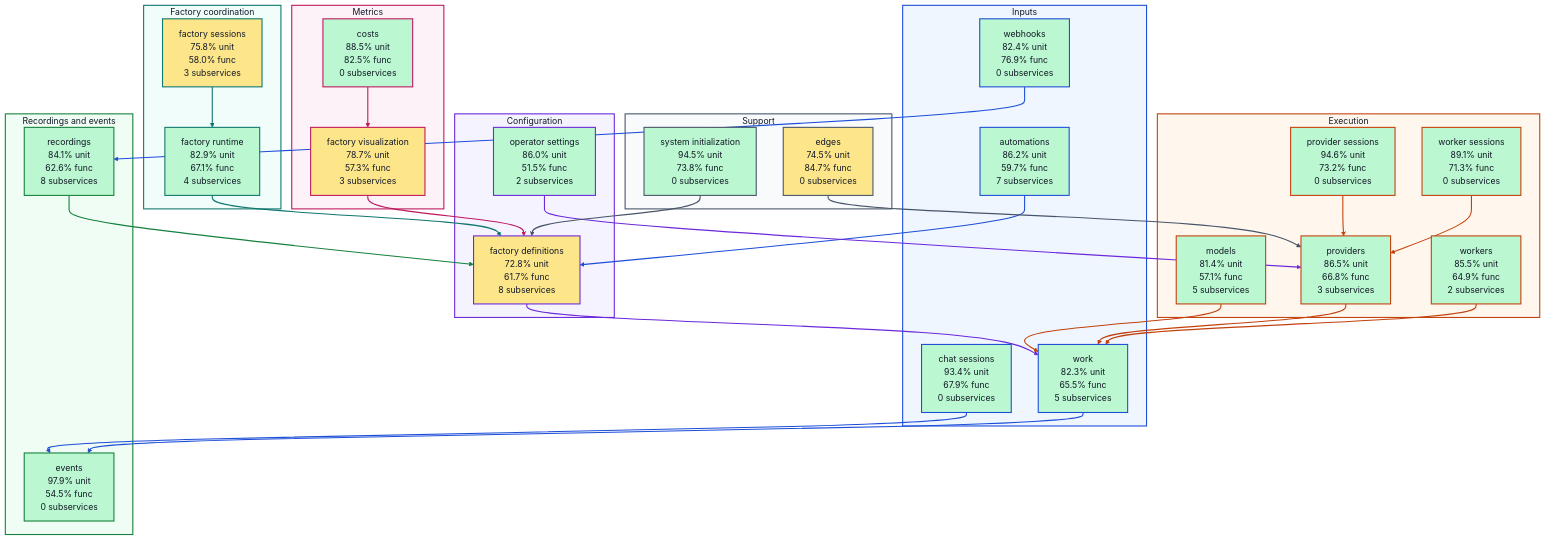
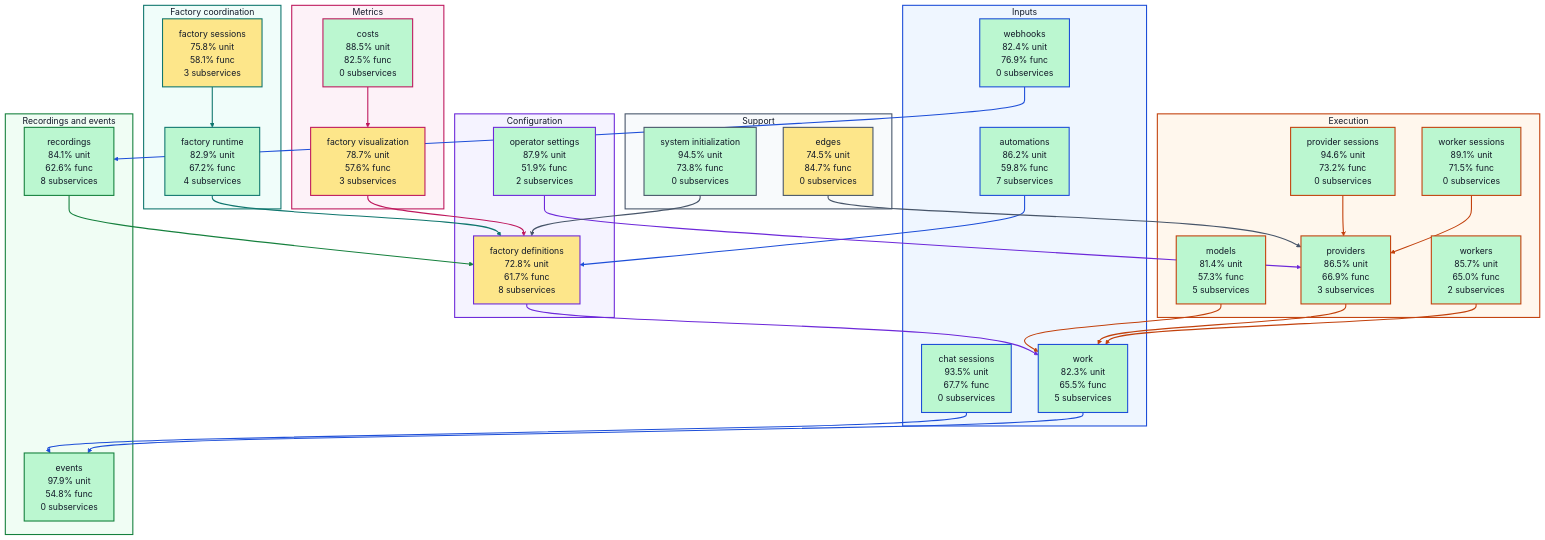
Before and after one commit to portpowered/you-agent-factory: the diagram in docs/architecture/visualizations/high-level-test-coverage.md, drawn with Mermaid. The commit also changed other lines of this file and 20 other files, not shown here.

Commit message:
docs: refresh backend architecture visualizations

````diff
--- a/docs/architecture/visualizations/high-level-test-coverage.md
+++ b/docs/architecture/visualizations/high-level-test-coverage.md
@@ -11,33 +11,33 @@
 ```mermaid
 flowchart TB
   subgraph input["Inputs"]
-    s_services_automations["automations<br/>86.2% unit<br/>59.7% func<br/>7 subservices"]
-    s_services_chat_sessions["chat sessions<br/>93.4% unit<br/>67.9% func<br/>0 subservices"]
+    s_services_automations["automations<br/>86.2% unit<br/>59.8% func<br/>7 subservices"]
+    s_services_chat_sessions["chat sessions<br/>93.5% unit<br/>67.7% func<br/>0 subservices"]
     s_services_webhooks["webhooks<br/>82.4% unit<br/>76.9% func<br/>0 subservices"]
     s_services_work["work<br/>82.3% unit<br/>65.5% func<br/>5 subservices"]
   end
   subgraph configuration["Configuration"]
     s_services_factory_definitions["factory definitions<br/>72.8% unit<br/>61.7% func<br/>8 subservices"]
-    s_services_operator_settings["operator settings<br/>86.0% unit<br/>51.5% func<br/>2 subservices"]
+    s_services_operator_settings["operator settings<br/>87.9% unit<br/>51.9% func<br/>2 subservices"]
   end
   subgraph coordination["Factory coordination"]
-    s_services_factory_runtime["factory runtime<br/>82.9% unit<br/>67.1% func<br/>4 subservices"]
-    s_services_factory_sessions["factory sessions<br/>75.8% unit<br/>58.0% func<br/>3 subservices"]
+    s_services_factory_runtime["factory runtime<br/>82.9% unit<br/>67.2% func<br/>4 subservices"]
+    s_services_factory_sessions["factory sessions<br/>75.8% unit<br/>58.1% func<br/>3 subservices"]
   end
   subgraph execution["Execution"]
-    s_services_models["models<br/>81.4% unit<br/>57.1% func<br/>5 subservices"]
+    s_services_models["models<br/>81.4% unit<br/>57.3% func<br/>5 subservices"]
     s_services_provider_sessions["provider sessions<br/>94.6% unit<br/>73.2% func<br/>0 subservices"]
-    s_services_providers["providers<br/>86.5% unit<br/>66.8% func<br/>3 subservices"]
-    s_services_worker_sessions["worker sessions<br/>89.1% unit<br/>71.3% func<br/>0 subservices"]
-    s_services_workers["workers<br/>85.5% unit<br/>64.9% func<br/>2 subservices"]
+    s_services_providers["providers<br/>86.5% unit<br/>66.9% func<br/>3 subservices"]
+    s_services_worker_sessions["worker sessions<br/>89.1% unit<br/>71.5% func<br/>0 subservices"]
+    s_services_workers["workers<br/>85.7% unit<br/>65.0% func<br/>2 subservices"]
   end
   subgraph recordings["Recordings and events"]
-    s_services_events["events<br/>97.9% unit<br/>54.5% func<br/>0 subservices"]
+    s_services_events["events<br/>97.9% unit<br/>54.8% func<br/>0 subservices"]
     s_services_recordings["recordings<br/>84.1% unit<br/>62.6% func<br/>8 subservices"]
   end
   subgraph metrics["Metrics"]
     s_services_costs["costs<br/>88.5% unit<br/>82.5% func<br/>0 subservices"]
-    s_services_factory_visualization["factory visualization<br/>78.7% unit<br/>57.3% func<br/>3 subservices"]
+    s_services_factory_visualization["factory visualization<br/>78.7% unit<br/>57.6% func<br/>3 subservices"]
   end
   subgraph support["Support"]
     s_services_edges["edges<br/>74.5% unit<br/>84.7% func<br/>0 subservices"]
````
